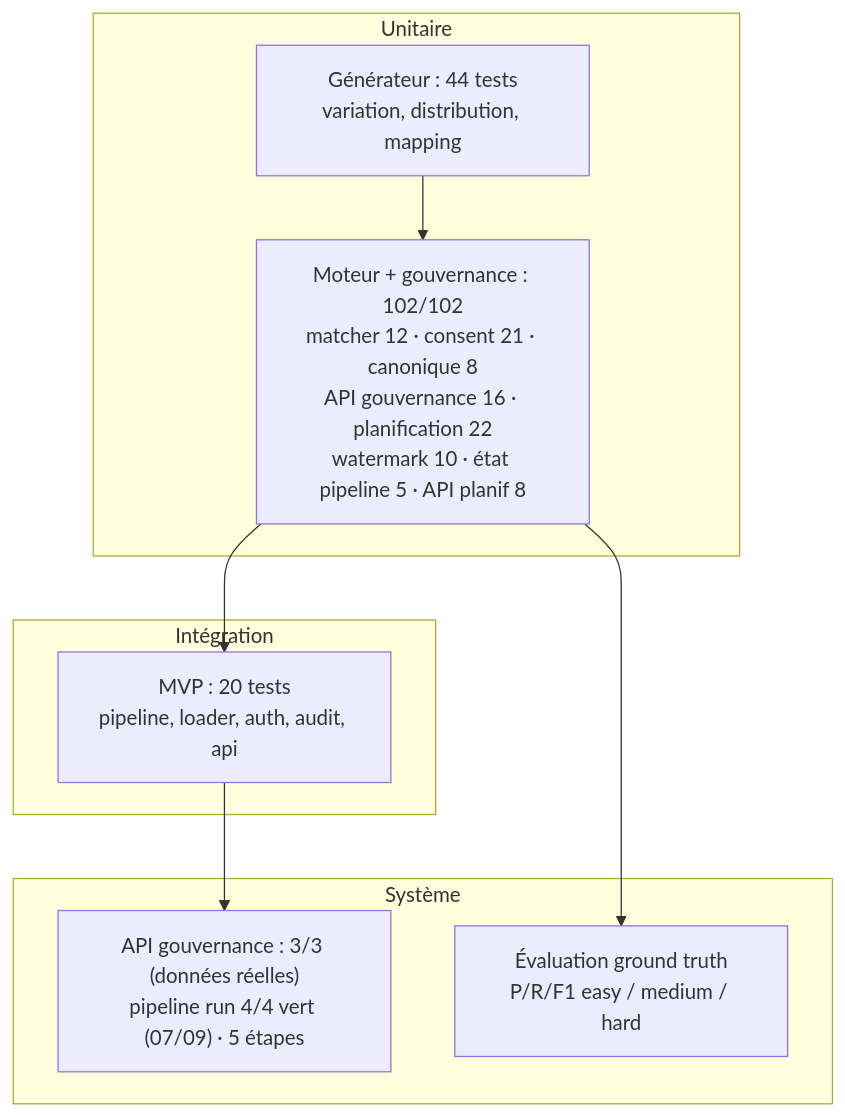
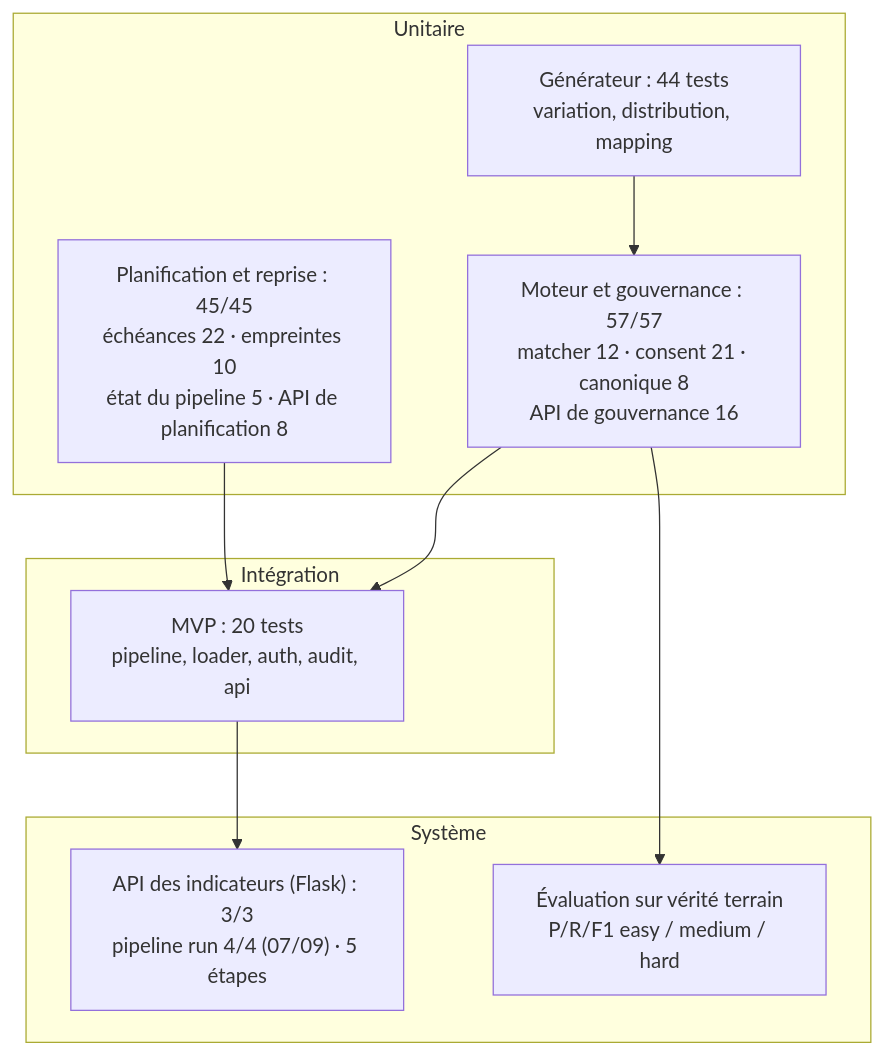
Before and after one commit to Alphamanjaka/test-big-data: the diagram in chapters/08-tests.md, drawn with Mermaid. The commit also changed other lines of this file and 12 other files, not shown here.

````diff
--- a/chapters/08-tests.md
+++ b/chapters/08-tests.md
@@ -8,16 +8,18 @@
 ```mermaid
 flowchart TD
     subgraph Unitaire
         G["Générateur : 44 tests<br/>variation, distribution, mapping"]
-        E["Moteur + gouvernance : 102/102<br/>matcher 12 · consent 21 · canonique 8<br/>API gouvernance 16 · planification 22<br/>watermark 10 · état pipeline 5 · API planif 8"]
+        E["Moteur et gouvernance : 57/57<br/>matcher 12 · consent 21 · canonique 8<br/>API de gouvernance 16"]
+        P["Planification et reprise : 45/45<br/>échéances 22 · empreintes 10<br/>état du pipeline 5 · API de planification 8"]
     end
     subgraph Intégration
         MVP["MVP : 20 tests<br/>pipeline, loader, auth, audit, api"]
     end
     subgraph Système
-        API["API gouvernance : 3/3 (données réelles)<br/>pipeline run 4/4 vert (07/09) · 5 étapes"]
-        EVAL["Évaluation ground truth<br/>P/R/F1 easy / medium / hard"]
+        API["API des indicateurs (Flask) : 3/3<br/>pipeline run 4/4 (07/09) · 5 étapes"]
+        EVAL["Évaluation sur vérité terrain<br/>P/R/F1 easy / medium / hard"]
     end
     G --> E --> MVP --> API
+    P --> MVP
     E --> EVAL
 ```
````
